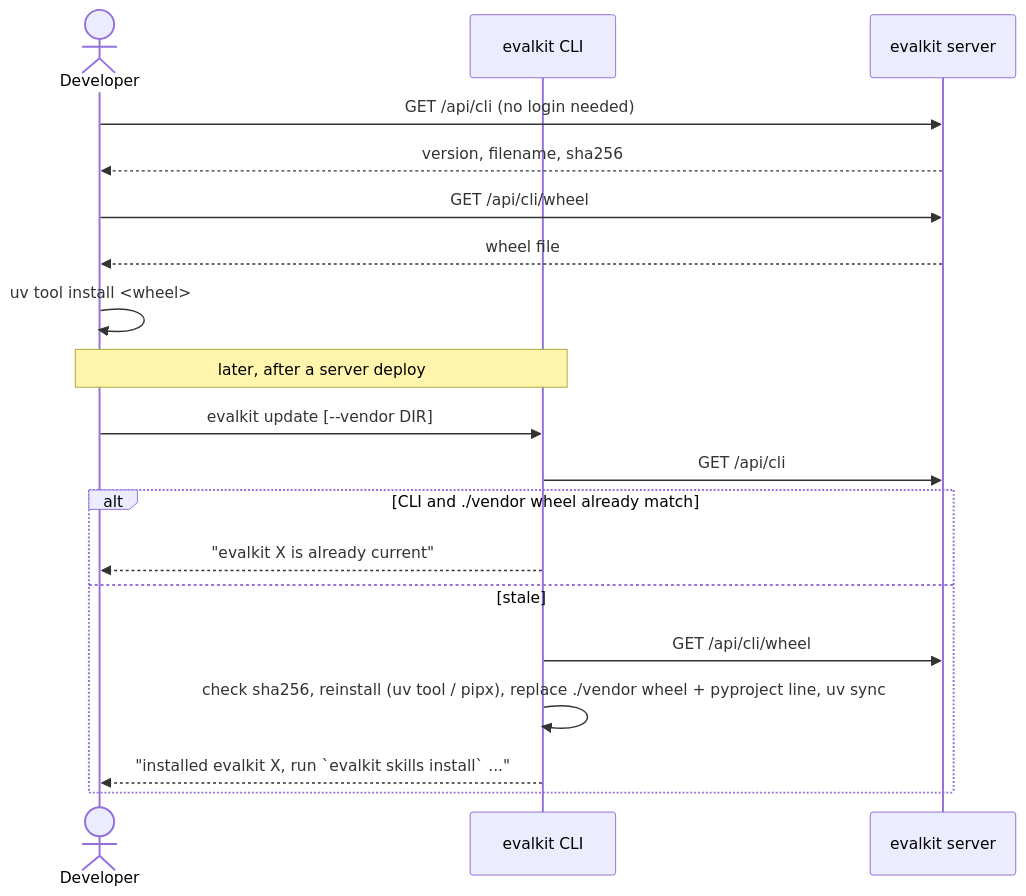
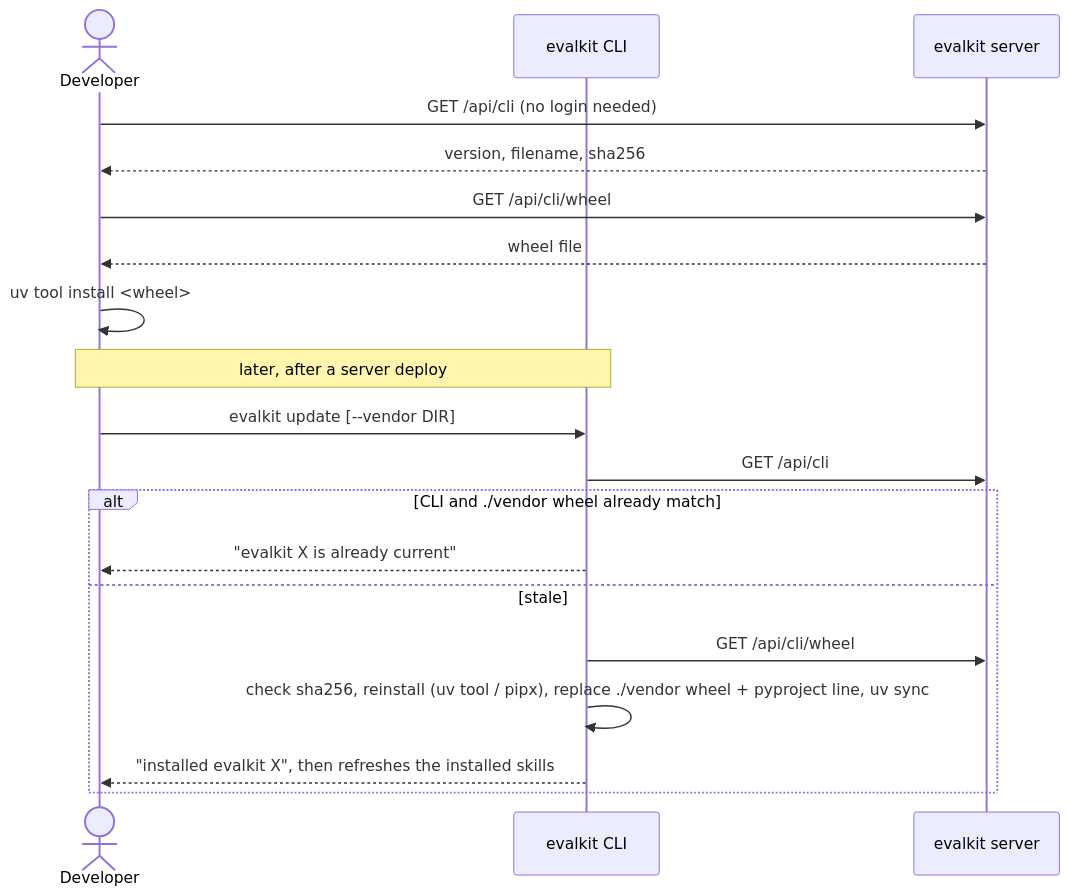
The first of 3 diagrams in docs/flows/01-install-login.md (inferedge-ai/evalkit), drawn with Mermaid before and after one commit. The commit also changed other lines of this file and 75 other files, not shown here.

````diff
--- a/docs/flows/01-install-login.md
+++ b/docs/flows/01-install-login.md
@@ -20,21 +20,21 @@
 ```mermaid
 sequenceDiagram
   actor Dev as Developer
   participant CLI as evalkit CLI
   participant S as evalkit server
   Dev->>S: GET /api/cli (no login needed)
   S-->>Dev: version, filename, sha256
   Dev->>S: GET /api/cli/wheel
   S-->>Dev: wheel file
   Dev->>Dev: uv tool install #lt;wheel#gt;
   Note over Dev,CLI: later, after a server deploy
   Dev->>CLI: evalkit update [--vendor DIR]
   CLI->>S: GET /api/cli
   alt CLI and ./vendor wheel already match
     CLI-->>Dev: "evalkit X is already current"
   else stale
     CLI->>S: GET /api/cli/wheel
     CLI->>CLI: check sha256, reinstall (uv tool / pipx), replace ./vendor wheel + pyproject line, uv sync
-    CLI-->>Dev: "installed evalkit X, run `evalkit skills install` ..."
+    CLI-->>Dev: "installed evalkit X", then refreshes the installed skills
   end
 ```
````
